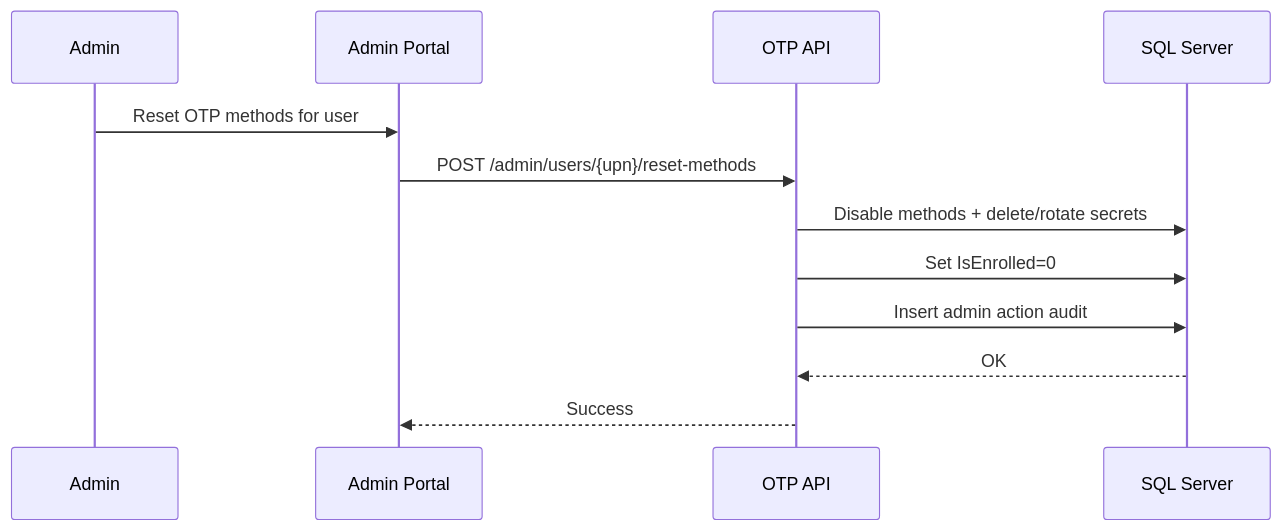
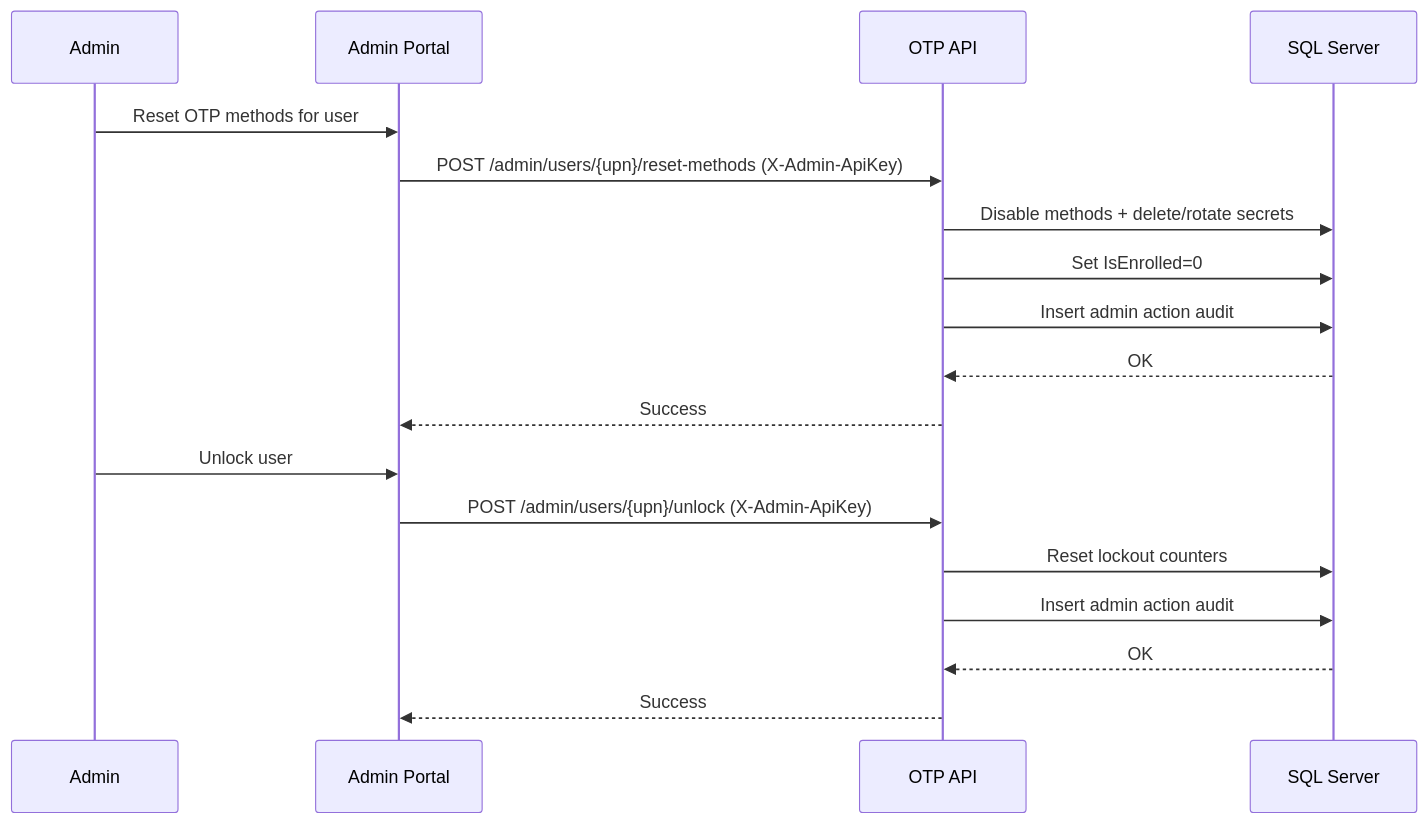
The third of 3 diagrams in docs/flows.md (openinfraops/free-adfs-otp), drawn with Mermaid before and after one commit. The commit also changed other lines of this file and 17 other files, not shown here.

````diff
--- a/docs/flows.md
+++ b/docs/flows.md
@@ -40,15 +65,22 @@
 ```mermaid
 sequenceDiagram
     participant ADM as Admin
     participant AP as Admin Portal
     participant API as OTP API
     participant SQL as SQL Server
 
     ADM->>AP: Reset OTP methods for user
-    AP->>API: POST /admin/users/{upn}/reset-methods
+    AP->>API: POST /admin/users/{upn}/reset-methods (X-Admin-ApiKey)
     API->>SQL: Disable methods + delete/rotate secrets
     API->>SQL: Set IsEnrolled=0
     API->>SQL: Insert admin action audit
     SQL-->>API: OK
     API-->>AP: Success
+
+    ADM->>AP: Unlock user
+    AP->>API: POST /admin/users/{upn}/unlock (X-Admin-ApiKey)
+    API->>SQL: Reset lockout counters
+    API->>SQL: Insert admin action audit
+    SQL-->>API: OK
+    API-->>AP: Success
 ```
````
